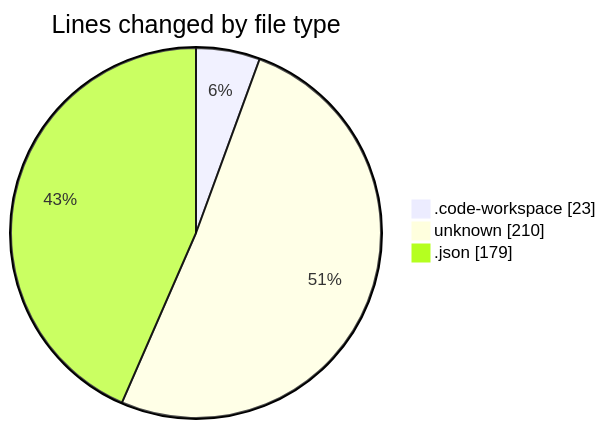
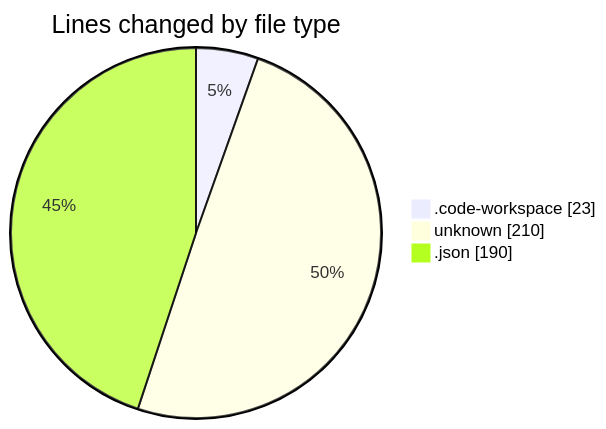
The first of 2 diagrams in 2026-03-02/shadcn-admin-kit-main__workspace_/README.md (jadenblack/code-tracking), drawn with Mermaid before and after one commit. The commit also changed other lines of this file and 1 other file, not shown here.

````diff
--- a/2026-03-02/shadcn-admin-kit-main__workspace_/README.md
+++ b/2026-03-02/shadcn-admin-kit-main__workspace_/README.md
@@ -25,7 +25,7 @@
 ```mermaid
 pie showData
 title Lines changed by file type
 ".code-workspace" : 23
 "unknown" : 210
-".json" : 179
+".json" : 190
 ```
````
